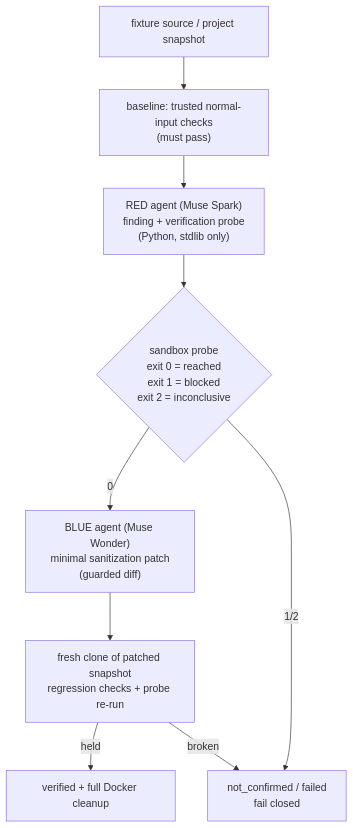
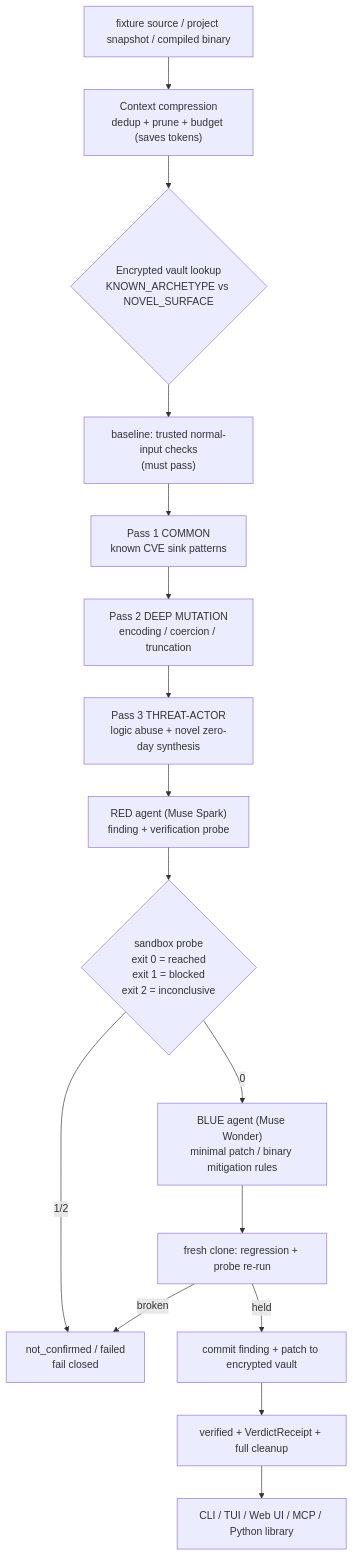
One commit to hackall360/Secure-Mitigation-System changed the diagram in README.md. Above: the diagram before and after it, drawn with Mermaid. The commit also changed other lines of this file and 15 other files, not shown here.

First line of the commit message:
Wave 1-3: binary telemetry parity, live MCP HTTP tools, docs (W1-W3)

````diff
--- a/README.md
+++ b/README.md
@@ -24,11 +21,18 @@
 ```mermaid
 flowchart TD
-    SRC["fixture source / project snapshot"] --> BASE["baseline: trusted normal-input checks<br/>(must pass)"]
-    BASE --> RED["RED agent (Muse Spark)<br/>finding + verification probe<br/>(Python, stdlib only)"]
+    SRC["fixture source / project snapshot / compiled binary"] --> CMP["Context compression<br/>dedup + prune + budget (saves tokens)"]
+    CMP --> VLT{"Encrypted vault lookup<br/>KNOWN_ARCHETYPE vs NOVEL_SURFACE"}
+    VLT --> BASE["baseline: trusted normal-input checks<br/>(must pass)"]
+    BASE --> P1["Pass 1 COMMON<br/>known CVE sink patterns"]
+    P1 --> P2["Pass 2 DEEP MUTATION<br/>encoding / coercion / truncation"]
+    P2 --> P3["Pass 3 THREAT-ACTOR<br/>logic abuse + novel zero-day synthesis"]
+    P3 --> RED["RED agent (Muse Spark)<br/>finding + verification probe"]
     RED --> PROBE{"sandbox probe<br/>exit 0 = reached<br/>exit 1 = blocked<br/>exit 2 = inconclusive"}
-    PROBE -- 0 --> BLUE["BLUE agent (Muse Wonder)<br/>minimal sanitization patch<br/>(guarded diff)"]
+    PROBE -- 0 --> BLUE["BLUE agent (Muse Wonder)<br/>minimal patch / binary mitigation rules"]
     PROBE -- 1/2 --> FAIL["not_confirmed / failed<br/>fail closed"]
-    BLUE --> REG["fresh clone of patched snapshot<br/>regression checks + probe re-run"]
-    REG -- "held" --> VERIFIED["verified + full Docker cleanup"]
+    BLUE --> REG["fresh clone: regression + probe re-run"]
+    REG -- "held" --> COM["commit finding + patch to encrypted vault"]
+    COM --> VERIFIED["verified + VerdictReceipt + full cleanup"]
     REG -- "broken" --> FAIL
+    VERIFIED --> SURF["CLI / TUI / Web UI / MCP / Python library"]
 ```
````
